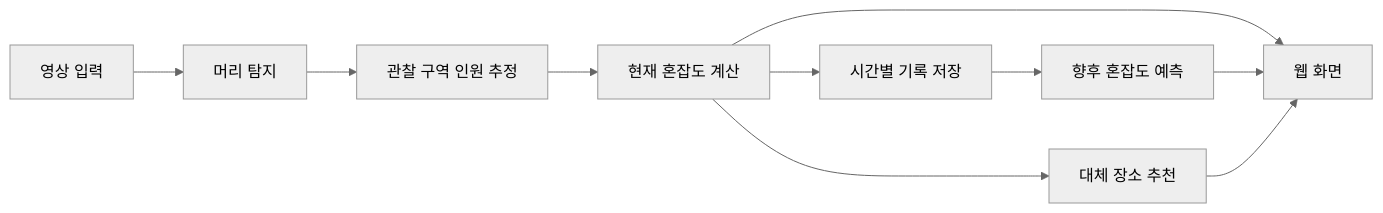
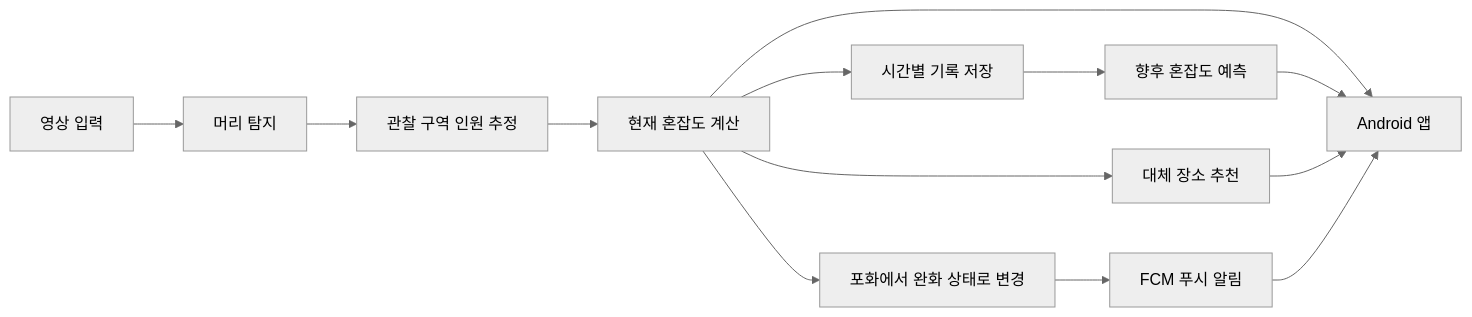
The diagram in README.md (rnxodnd/campus_pulse), drawn with Mermaid (neutral theme) before and after one commit. The commit also changed other lines of this file and 15 other files, not shown here.

````diff
--- a/README.md
+++ b/README.md
@@ -44,12 +45,15 @@
 ```mermaid
 flowchart LR
     A[영상 입력] --> B[머리 탐지]
     B --> C[관찰 구역 인원 추정]
     C --> D[현재 혼잡도 계산]
-    D --> E[웹 화면]
+    D --> E[Android 앱]
     D --> F[시간별 기록 저장]
     F --> G[향후 혼잡도 예측]
     G --> E
     D --> H[대체 장소 추천]
     H --> E
+    D --> I[포화에서 완화 상태로 변경]
+    I --> J[FCM 푸시 알림]
+    J --> E
 ```
````
